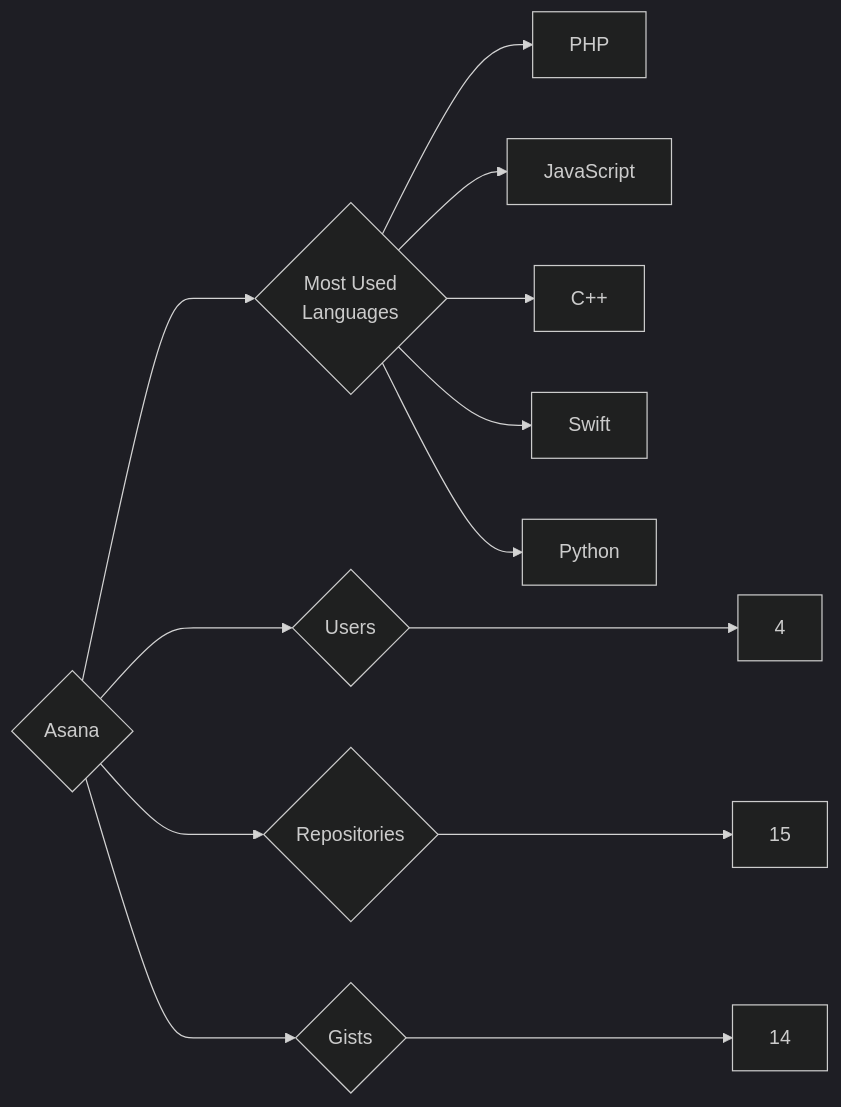
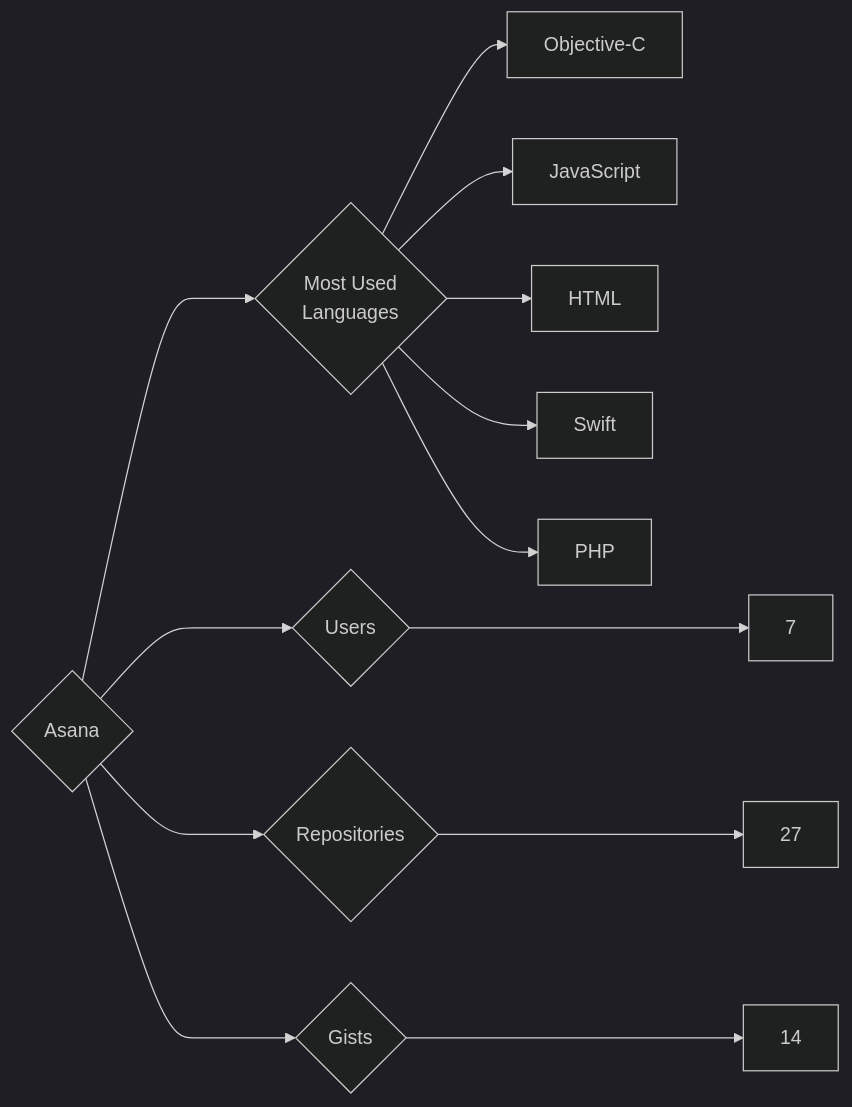
Before and after one commit to trickest/insiders: the diagram in targets/Asana/README.md, drawn with Mermaid (dark theme). The commit also changed 1092 other files, not shown here.

````diff
--- a/targets/Asana/README.md
+++ b/targets/Asana/README.md
@@ -3,13 +3,13 @@
 ```mermaid
 graph LR
 COMPANY_NAME{Asana}
-COMPANY_NAME ---> U{Users} ---> UN[4]
-COMPANY_NAME ---> R{Repositories} ---> RN[15]
+COMPANY_NAME ---> U{Users} ---> UN[7]
+COMPANY_NAME ---> R{Repositories} ---> RN[27]
 COMPANY_NAME ---> G{Gists} ---> GN[14]
 COMPANY_NAME ---> ML{Most Used<br>Languages}
+ML --> Objective-C[Objective-C]
+ML --> JavaScript[JavaScript]
+ML --> HTML[HTML]
+ML --> Swift[Swift]
 ML --> PHP[PHP]
-ML --> JavaScript[JavaScript]
-ML --> C++[C++]
-ML --> Swift[Swift]
-ML --> Python[Python]
 ```
````
